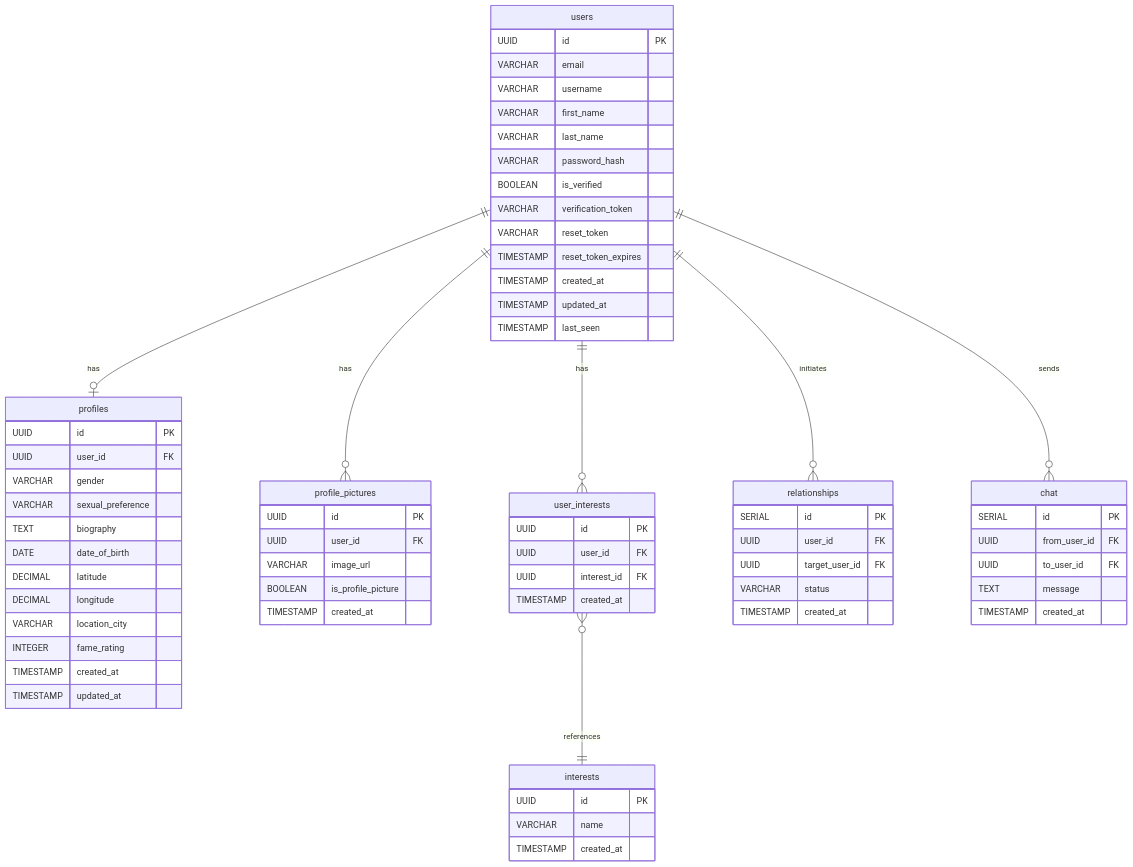
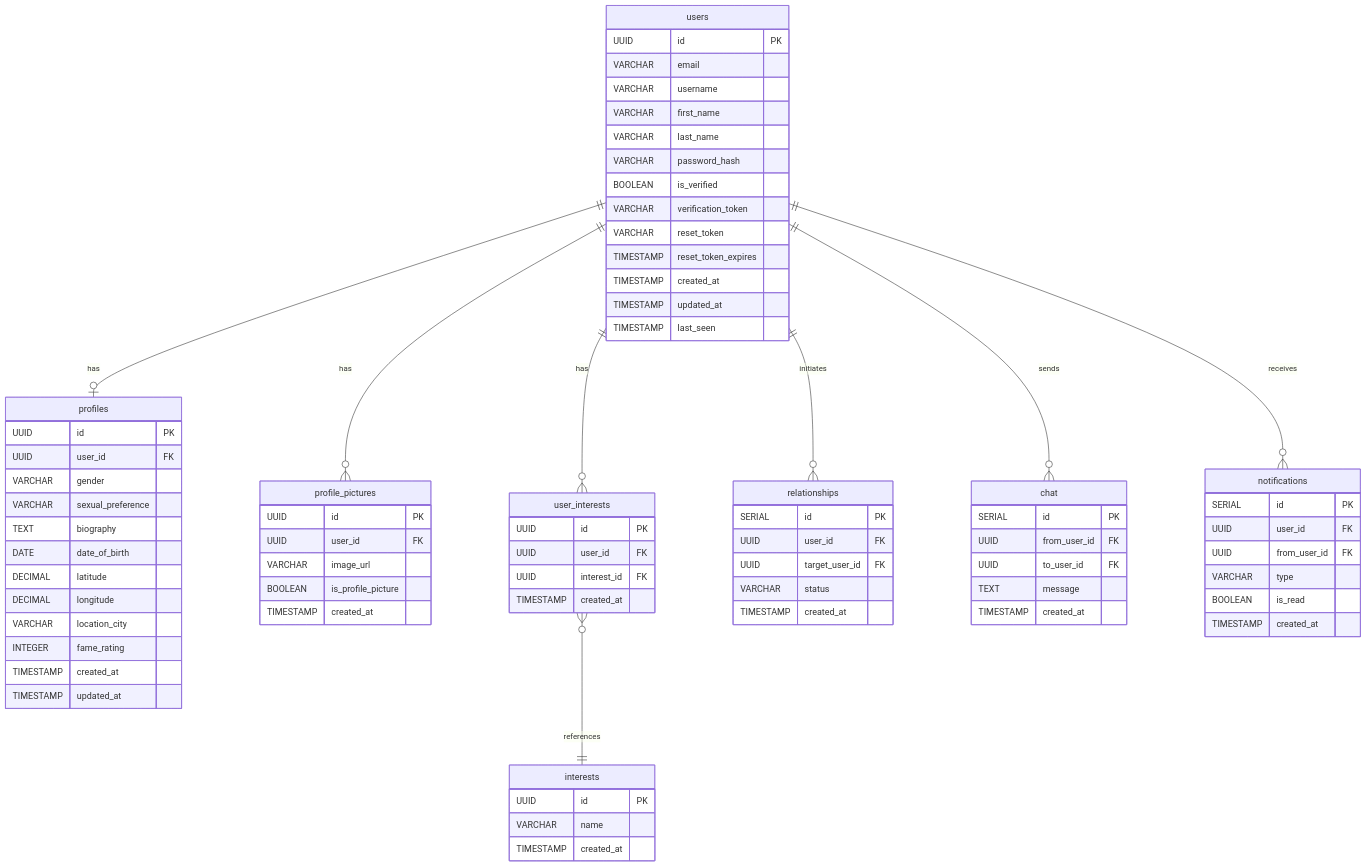
Before and after one commit to daryloye/42_matcha: the first of 2 diagrams in backend/README.md, drawn with Mermaid. The commit also changed other lines of this file and 10 other files, not shown here.

````diff
--- a/backend/README.md
+++ b/backend/README.md
@@ -122,71 +124,80 @@
 ```mermaid
 erDiagram
     users {
         UUID id PK
         VARCHAR email
         VARCHAR username
         VARCHAR first_name
         VARCHAR last_name
         VARCHAR password_hash
         BOOLEAN is_verified
         VARCHAR verification_token
         VARCHAR reset_token
         TIMESTAMP reset_token_expires
         TIMESTAMP created_at
         TIMESTAMP updated_at
         TIMESTAMP last_seen
     }
     profiles {
         UUID id PK
         UUID user_id FK
         VARCHAR gender
         VARCHAR sexual_preference
         TEXT biography
         DATE date_of_birth
         DECIMAL latitude
         DECIMAL longitude
         VARCHAR location_city
         INTEGER fame_rating
         TIMESTAMP created_at
         TIMESTAMP updated_at
     }
     profile_pictures {
         UUID id PK
         UUID user_id FK
         VARCHAR image_url
         BOOLEAN is_profile_picture
         TIMESTAMP created_at
     }
     interests {
         UUID id PK
         VARCHAR name
         TIMESTAMP created_at
     }
     user_interests {
         UUID id PK
         UUID user_id FK
         UUID interest_id FK
         TIMESTAMP created_at
     }
     relationships {
         SERIAL id PK
         UUID user_id FK
         UUID target_user_id FK
         VARCHAR status
         TIMESTAMP created_at
     }
     chat {
         SERIAL id PK
         UUID from_user_id FK
         UUID to_user_id FK
         TEXT message
         TIMESTAMP created_at
     }
+    notifications {
+        SERIAL id PK
+        UUID user_id FK
+        UUID from_user_id FK
+        VARCHAR type
+        BOOLEAN is_read
+        TIMESTAMP created_at
+    }
 
     users ||--o| profiles : "has"
     users ||--o{ profile_pictures : "has"
     users ||--o{ user_interests : "has"
     user_interests }o--|| interests : "references"
     users ||--o{ relationships : "initiates"
     users ||--o{ chat : "sends"
+    users ||--o{ notifications : "receives"
 ```
````
